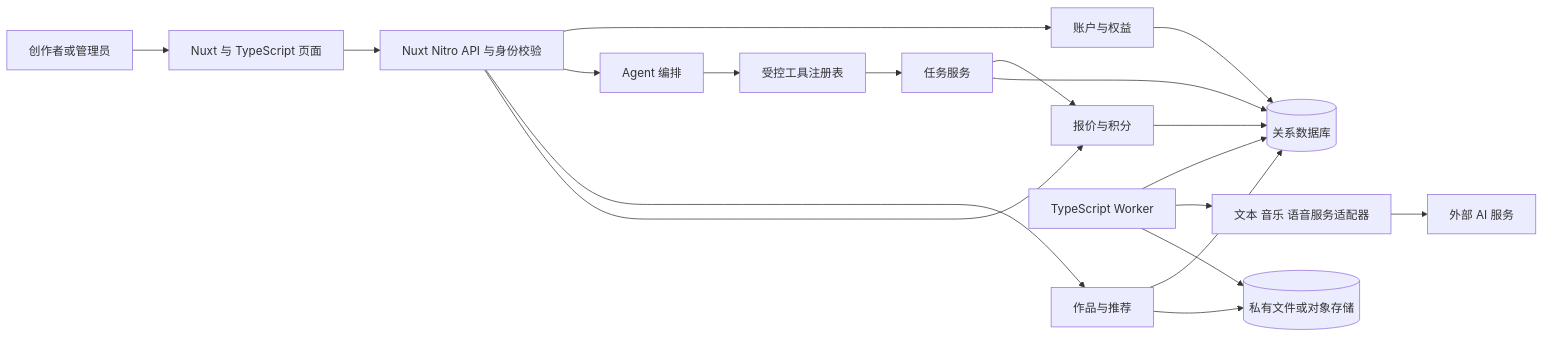
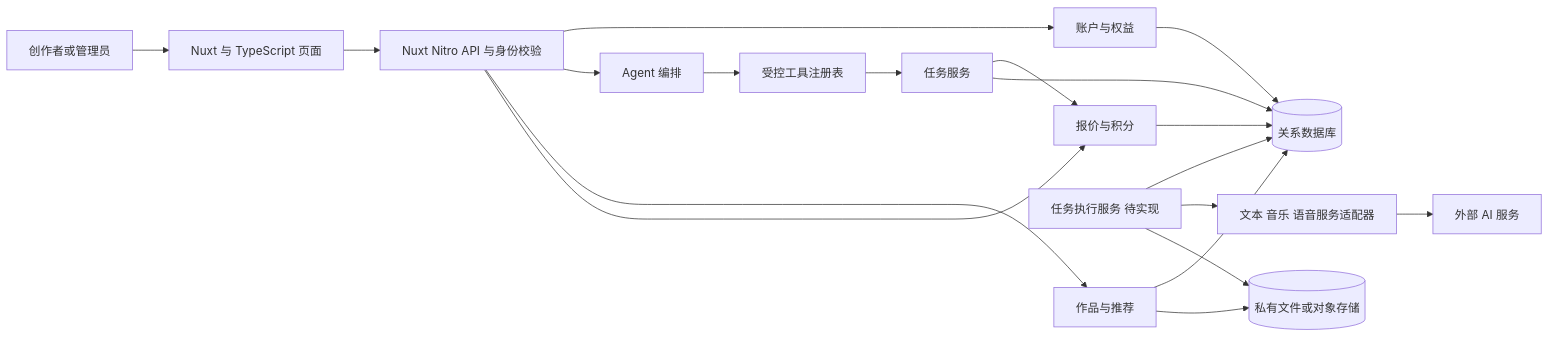
One commit to A-Words/museflow changed the first of 2 diagrams in docs/ARCHITECTURE.md. Above: the diagram before and after it, drawn with Mermaid. The commit also changed other lines of this file and 58 other files, not shown here.

````diff
--- a/docs/ARCHITECTURE.md
+++ b/docs/ARCHITECTURE.md
@@ -73,21 +73,21 @@
 ```mermaid
 flowchart LR
     User[创作者或管理员] --> Web[Nuxt 与 TypeScript 页面]
     Web --> API[Nuxt Nitro API 与身份校验]
     API --> Account[账户与权益]
     API --> Agent[Agent 编排]
     API --> Assets[作品与推荐]
     API --> Billing[报价与积分]
     Agent --> Registry[受控工具注册表]
     Registry --> Jobs[任务服务]
     Jobs --> Billing
     Account --> DB[(关系数据库)]
     Assets --> DB
     Billing --> DB
     Jobs --> DB
-    Worker[TypeScript Worker] --> DB
+    Worker[任务执行服务 待实现] --> DB
     Worker --> Provider[文本 音乐 语音服务适配器]
     Provider --> External[外部 AI 服务]
     Worker --> Storage[(私有文件或对象存储)]
     Assets --> Storage
 ```
````
